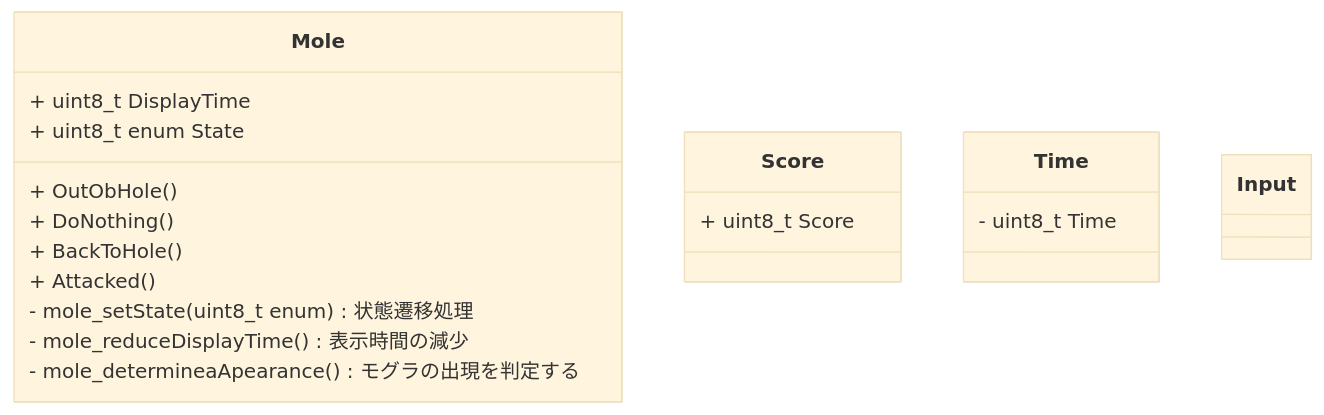
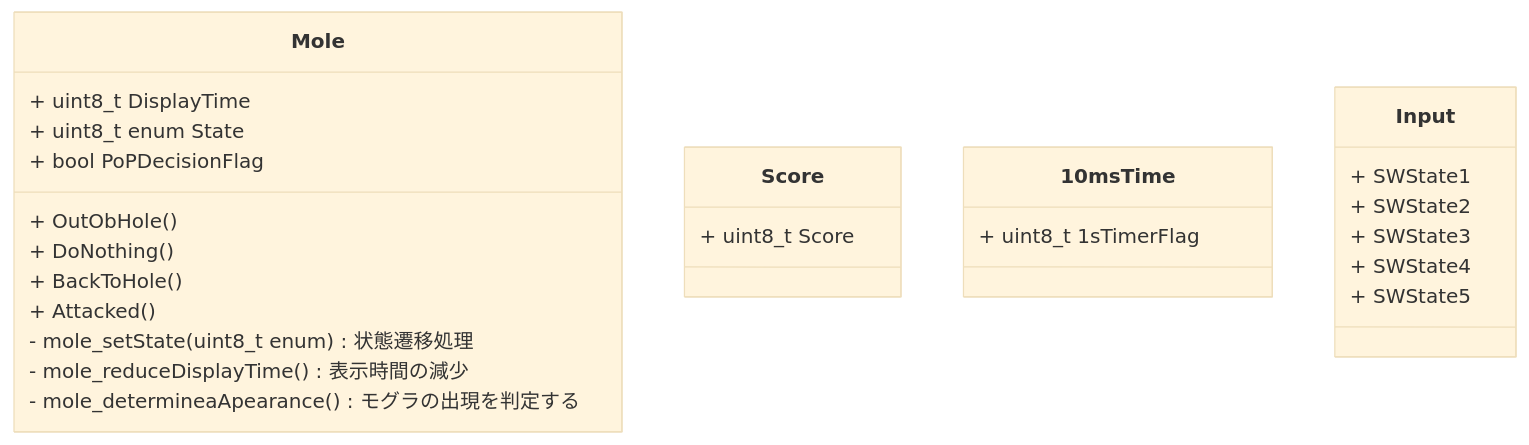
One commit to hakohumi/comp.train.whack-a-mole changed the diagram in 資料/設計書/メモ/class_diagram.md. Above: the diagram before and after it, drawn with Mermaid (base theme). The commit also changed other lines of this file and 1 other file, not shown here.

````diff
--- a/資料/設計書/メモ/class_diagram.md
+++ b/資料/設計書/メモ/class_diagram.md
@@ -1,31 +375,37 @@
 ``` mermaid
 
 classDiagram
 
     class Mole{
         + uint8_t DisplayTime
         + uint8_t enum State
+        + bool PoPDecisionFlag
+
         + OutObHole()
         + DoNothing()
         + BackToHole()
         + Attacked()
         - mole_setState(uint8_t enum) 状態遷移処理
         - mole_reduceDisplayTime() 表示時間の減少
         - mole_determineaApearance() モグラの出現を判定する
 
     }
 
     class Score{
         + uint8_t Score
     }
 
-    class Time{
-        - uint8_t Time
+    class 10msTime{
+        + uint8_t 1sTimerFlag
     }
 
     class Input{
-        
+        + SWState1
+        + SWState2
+        + SWState3
+        + SWState4
+        + SWState5
     }
 
 
 ```
````
